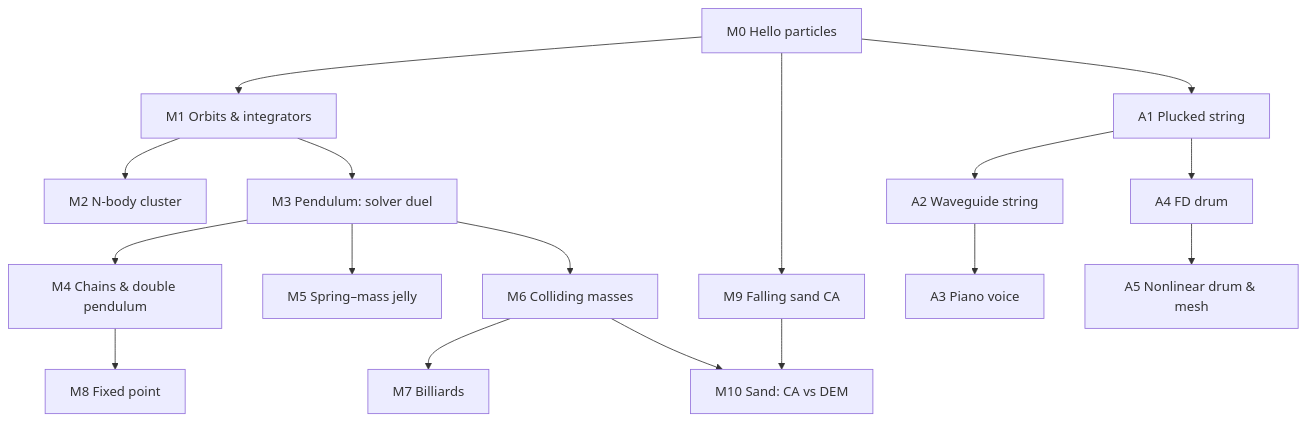
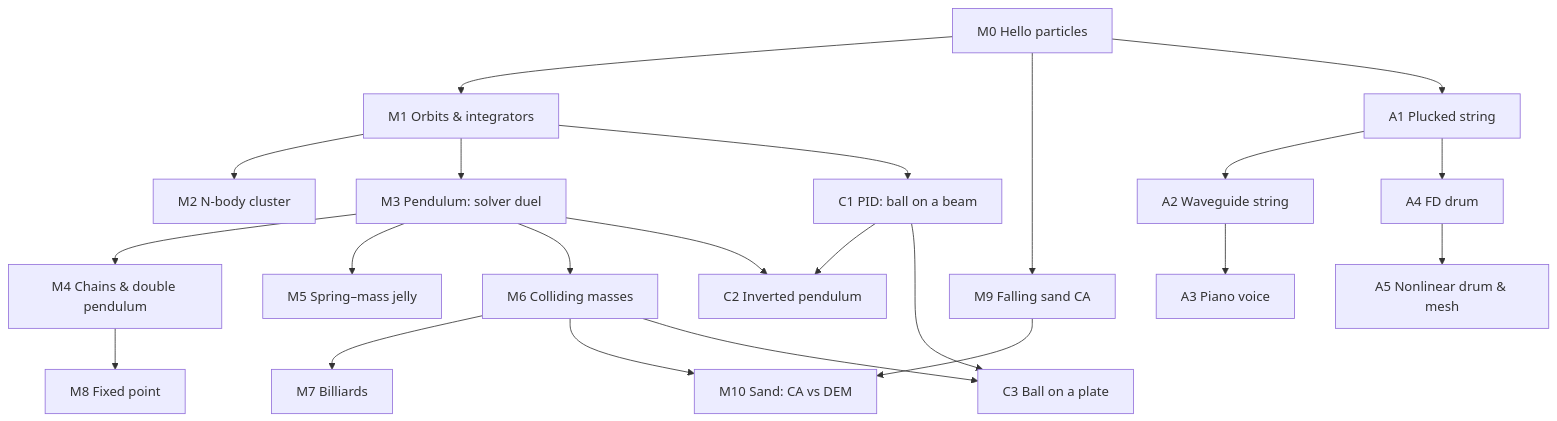
Before and after one commit to seanwilliamcarroll/physics: the diagram in docs/05-roadmap.md, drawn with Mermaid. The commit also changed other lines of this file and 4 other files, not shown here.

````diff
--- a/docs/05-roadmap.md
+++ b/docs/05-roadmap.md
@@ -16,19 +16,24 @@
 ```mermaid
 graph TD
   M0[M0 Hello particles] --> M1[M1 Orbits & integrators]
   M1 --> M2[M2 N-body cluster]
   M1 --> M3[M3 Pendulum: solver duel]
   M3 --> M4[M4 Chains & double pendulum]
   M3 --> M5[M5 Spring–mass jelly]
   M3 --> M6[M6 Colliding masses]
   M6 --> M7[M7 Billiards]
   M4 --> M8[M8 Fixed point]
   M0 --> M9[M9 Falling sand CA]
   M6 --> M10[M10 Sand: CA vs DEM]
   M9 --> M10
   M0 --> A1[A1 Plucked string]
   A1 --> A2[A2 Waveguide string]
   A2 --> A3[A3 Piano voice]
   A1 --> A4[A4 FD drum]
   A4 --> A5[A5 Nonlinear drum & mesh]
+  M1 --> C1[C1 PID: ball on a beam]
+  C1 --> C2[C2 Inverted pendulum]
+  M3 --> C2
+  C1 --> C3[C3 Ball on a plate]
+  M6 --> C3
 ```
````
